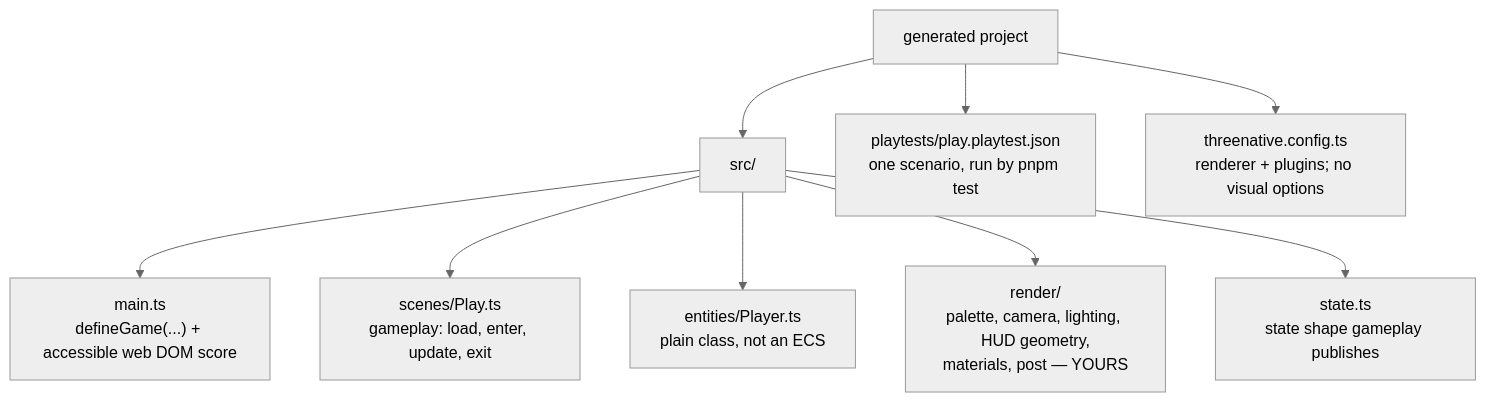
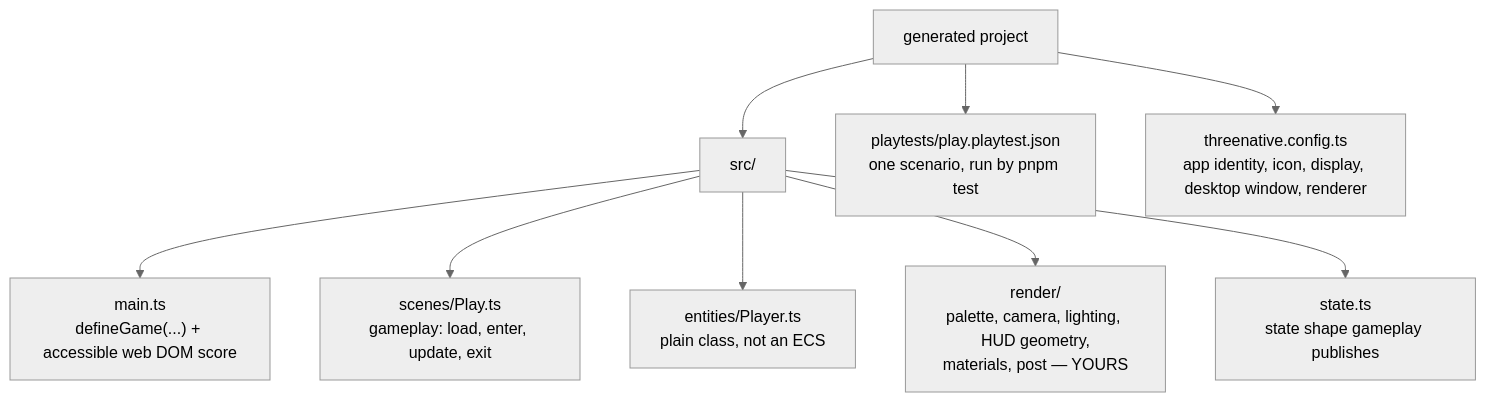
Before and after one commit to ThreeNativeHQ/threenative: the diagram in packages/create-threenative/templates/minimal/AGENTS.md, drawn with Mermaid (neutral theme). The commit also changed other lines of this file and 316 other files, not shown here.

````diff
--- a/packages/create-threenative/templates/minimal/AGENTS.md
+++ b/packages/create-threenative/templates/minimal/AGENTS.md
@@ -48,21 +48,21 @@
 ```mermaid
 flowchart TD
     project["generated project"]
     src["src/"]
     main["main.ts<br/>defineGame(...) + accessible web DOM score"]
     play["scenes/Play.ts<br/>gameplay: load, enter, update, exit"]
     player["entities/Player.ts<br/>plain class, not an ECS"]
     render["render/<br/>palette, camera, lighting, HUD geometry,<br/>materials, post — YOURS"]
     state["state.ts<br/>state shape gameplay publishes"]
     playtest["playtests/play.playtest.json<br/>one scenario, run by pnpm test"]
-    config["threenative.config.ts<br/>renderer + plugins; no visual options"]
+    config["threenative.config.ts<br/>app identity, icon, display, desktop window, renderer"]
 
     project --> src
     src --> main
     src --> play
     src --> player
     src --> render
     src --> state
     project --> playtest
     project --> config
 ```
````
